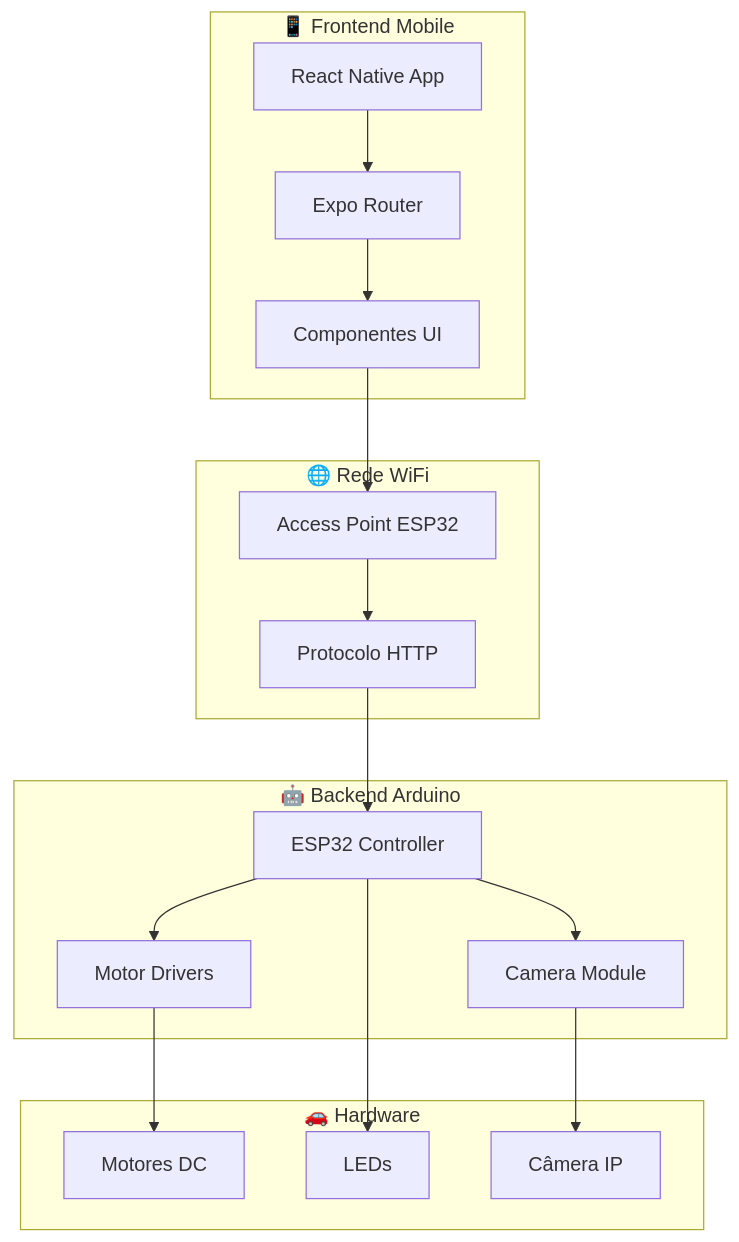
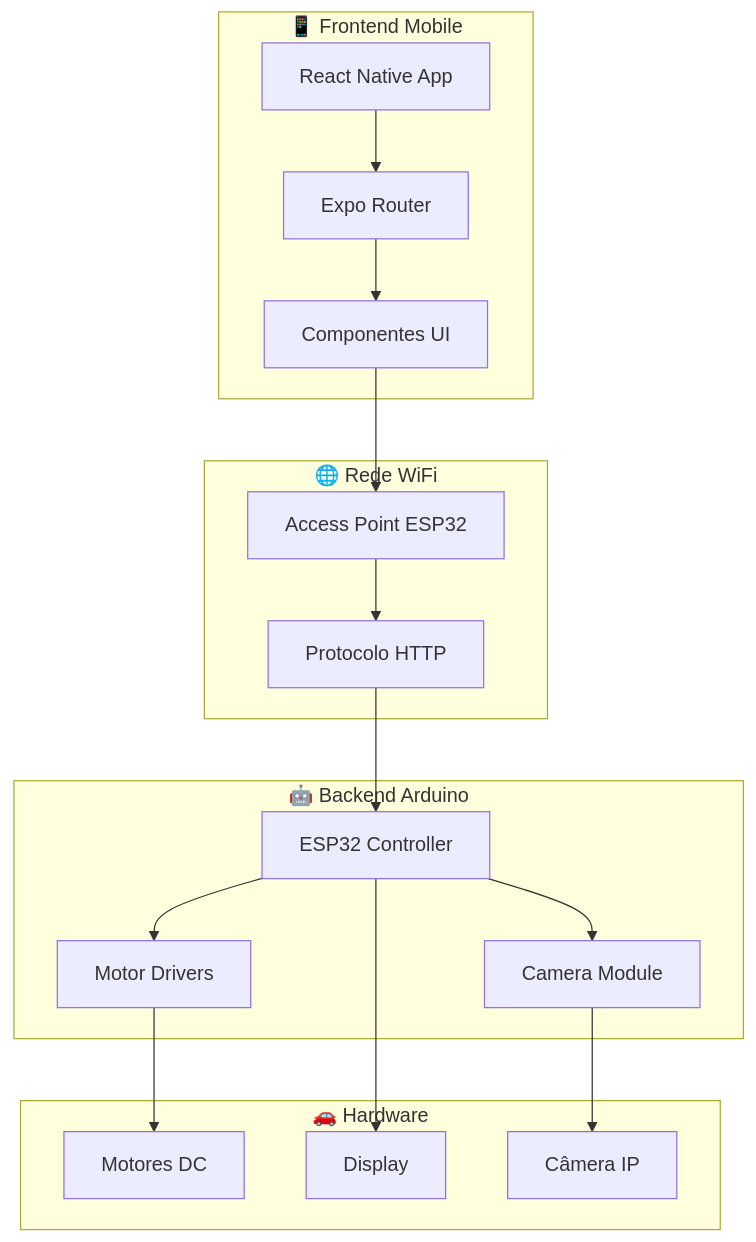
The diagram in README.md (joaoneves11/eva), drawn with Mermaid before and after one commit. The commit also changed other lines of this file and 20 other files, not shown here.

````diff
--- a/README.md
+++ b/README.md
@@ -34,36 +31,36 @@
 ```mermaid
 graph TB
     subgraph "📱 Frontend Mobile"
         A[React Native App]
         B[Expo Router]
         C[Componentes UI]
     end
     
     subgraph "🌐 Rede WiFi"
         D[Access Point ESP32]
         E[Protocolo HTTP]
     end
     
     subgraph "🤖 Backend Arduino"
         F[ESP32 Controller]
         G[Motor Drivers]
         H[Camera Module]
     end
     
     subgraph "🚗 Hardware"
         I[Motores DC]
-        J[LEDs]
+        J[Display]
         K[Câmera IP]
     end
     
     A --> B
     B --> C
     C --> D
     D --> E
     E --> F
     F --> G
     F --> H
     G --> I
     F --> J
     H --> K
 ```
````
